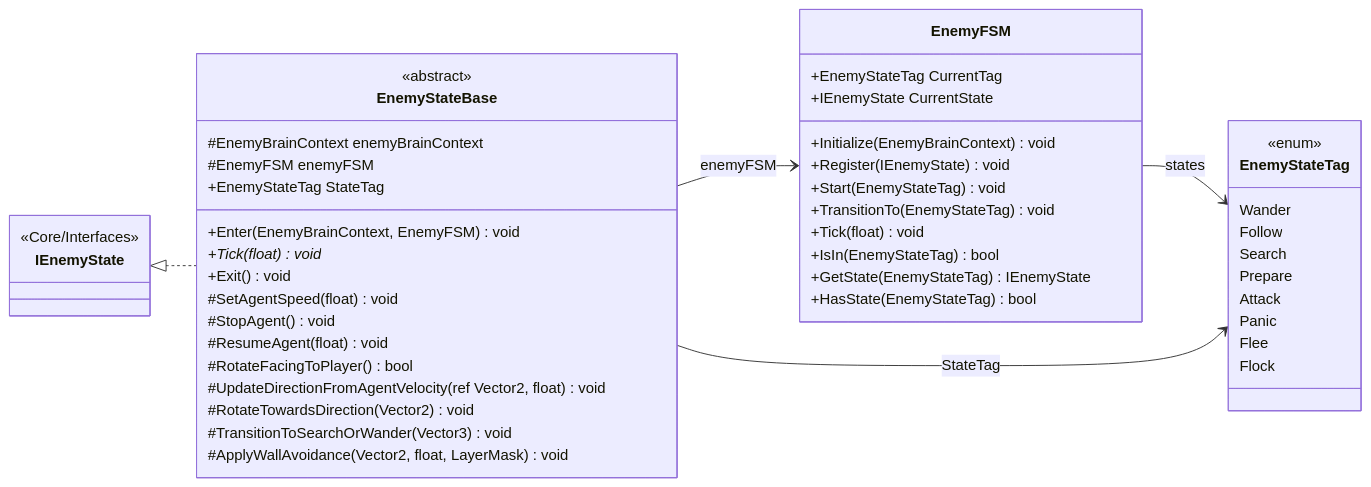
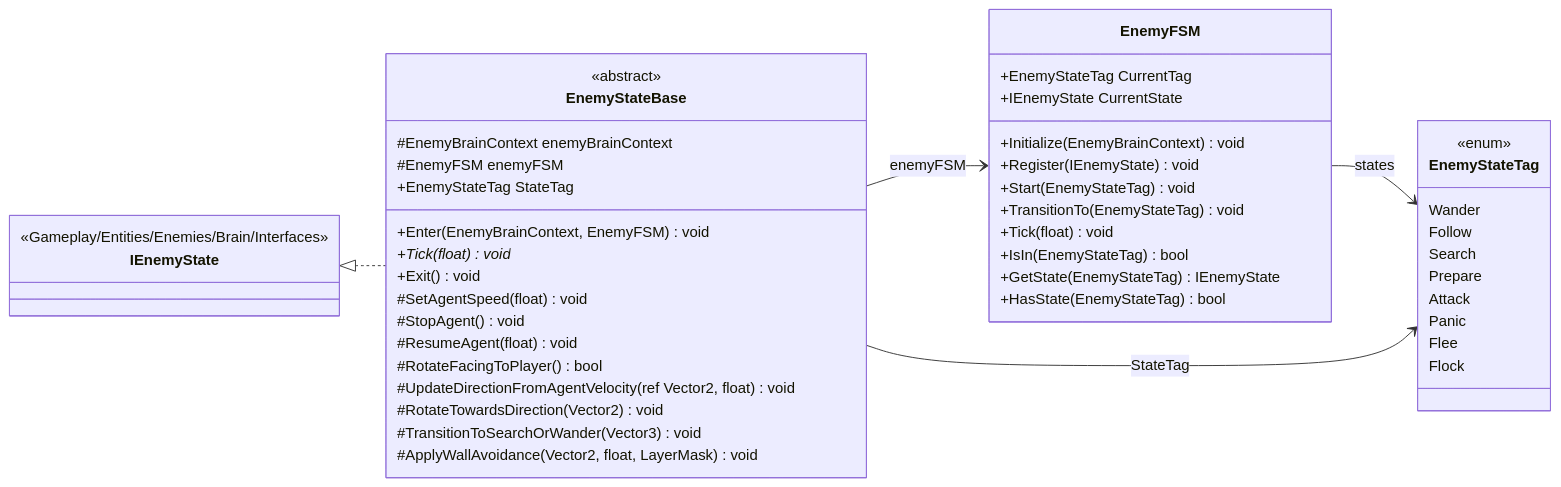
The diagram in docs/uml/modules/Gameplay_Entities_Enemies_Brain_FSM.md (PhumipatWave/project-ocean), drawn with Mermaid before and after one commit. The commit also changed other lines of this file and 191 other files, not shown here.

````diff
--- a/docs/uml/modules/Gameplay_Entities_Enemies_Brain_FSM.md
+++ b/docs/uml/modules/Gameplay_Entities_Enemies_Brain_FSM.md
@@ -7,51 +7,51 @@
 ```mermaid
 classDiagram
   direction LR
   class EnemyFSM {
     +EnemyStateTag CurrentTag
     +IEnemyState CurrentState
     +Initialize(EnemyBrainContext) void
     +Register(IEnemyState) void
     +Start(EnemyStateTag) void
     +TransitionTo(EnemyStateTag) void
     +Tick(float) void
     +IsIn(EnemyStateTag) bool
     +GetState(EnemyStateTag) IEnemyState
     +HasState(EnemyStateTag) bool
   }
   class EnemyStateBase {
     <<abstract>>
     #EnemyBrainContext enemyBrainContext
     #EnemyFSM enemyFSM
     +EnemyStateTag StateTag
     +Enter(EnemyBrainContext, EnemyFSM) void
     +Tick(float)* void
     +Exit() void
     #SetAgentSpeed(float) void
     #StopAgent() void
     #ResumeAgent(float) void
     #RotateFacingToPlayer() bool
     #UpdateDirectionFromAgentVelocity(ref Vector2, float) void
     #RotateTowardsDirection(Vector2) void
     #TransitionToSearchOrWander(Vector3) void
     #ApplyWallAvoidance(Vector2, float, LayerMask) void
   }
   class EnemyStateTag {
     <<enum>>
     Wander
     Follow
     Search
     Prepare
     Attack
     Panic
     Flee
     Flock
   }
   class IEnemyState {
-    <<Core/Interfaces>>
+    <<Gameplay/Entities/Enemies/Brain/Interfaces>>
   }
   EnemyFSM --> EnemyStateTag : states
   EnemyStateBase --> EnemyFSM : enemyFSM
   EnemyStateBase --> EnemyStateTag : StateTag
   IEnemyState <|.. EnemyStateBase
 ```
````
